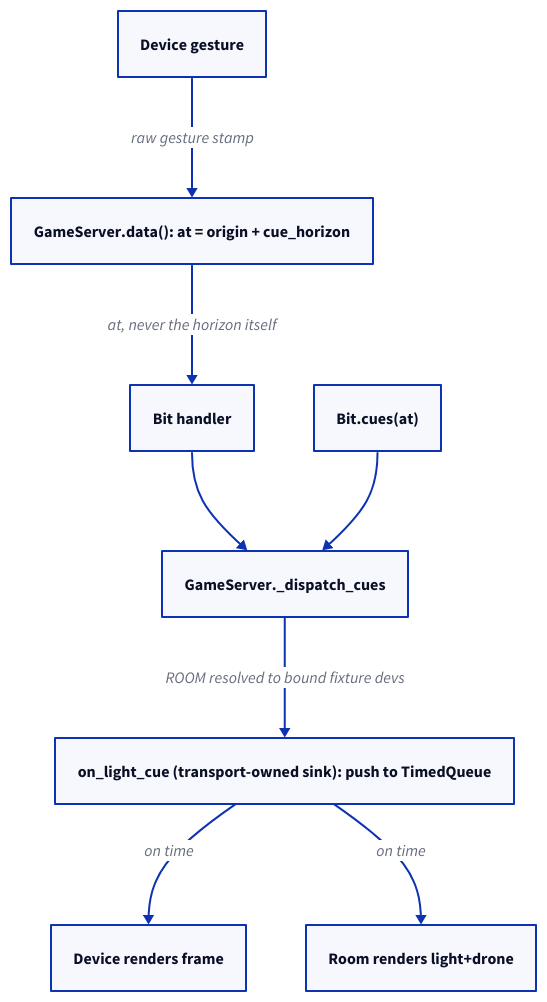
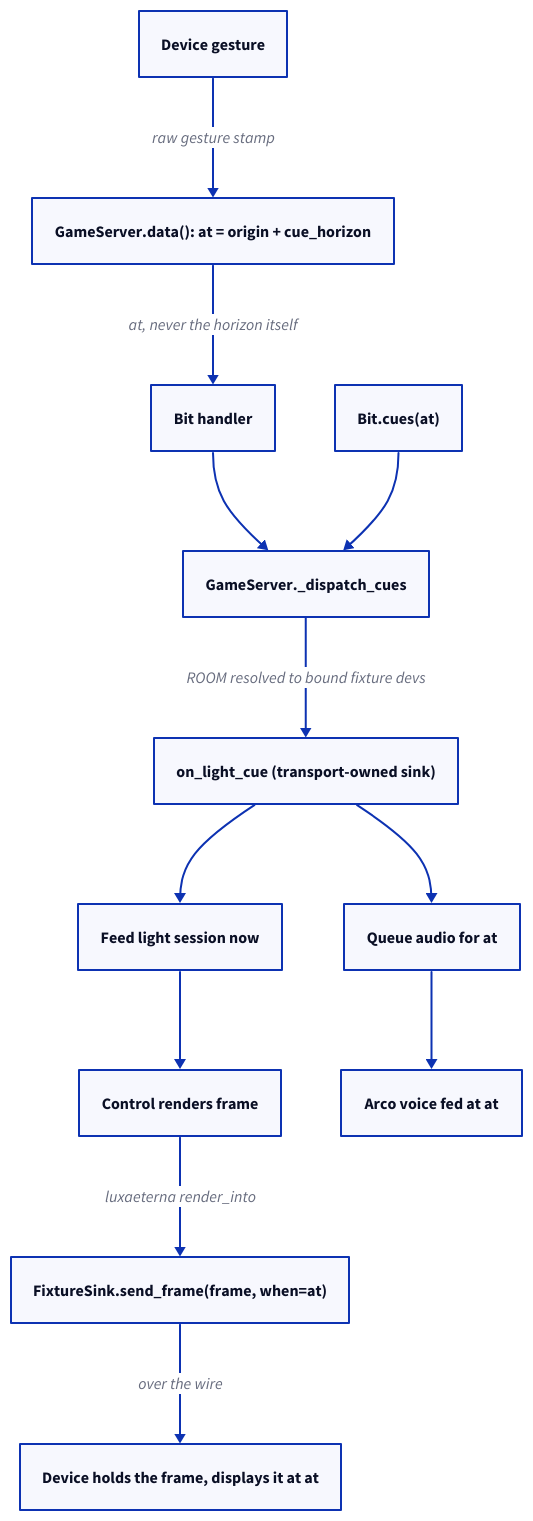
The diagram in docs/diagrams/cue-path.d2 (Musical-Mycology/mm-terrarium), drawn with D2 before and after one commit. The commit also changed 7 other files, not shown here.

First line of the commit message:
docs(diagrams): add light-path, fix cue-path to show Control rendering

```diff
--- a/docs/diagrams/cue-path.d2
+++ b/docs/diagrams/cue-path.d2
@@ -1,18 +1,26 @@
 direction: down
 
 gesture: "Device gesture"
 data: "GameServer.data(): at = origin + cue_horizon"
 handler: "Bit handler"
 selfcues: "Bit.cues(at)"
 dispatch: "GameServer._dispatch_cues"
-sink: "on_light_cue (transport-owned sink): push to TimedQueue"
-dev_render: "Device renders frame"
-room_render: "Room renders light+drone"
+sink: "on_light_cue (transport-owned sink)"
+light: "Feed light session now"
+audio: "Queue audio for at"
+render: "Control renders frame"
+arco_voice: "Arco voice fed at at"
+fsink: "FixtureSink.send_frame(frame, when=at)"
+dev_show: "Device holds the frame, displays it at at"
 
 gesture -> data: raw gesture stamp
 data -> handler: at, never the horizon itself
 handler -> dispatch
 selfcues -> dispatch
 dispatch -> sink: ROOM resolved to bound fixture devs
-sink -> dev_render: on time
-sink -> room_render: on time
+sink -> light
+sink -> audio
+light -> render
+audio -> arco_voice
+render -> fsink: luxaeterna render_into
+fsink -> dev_show: over the wire
```
